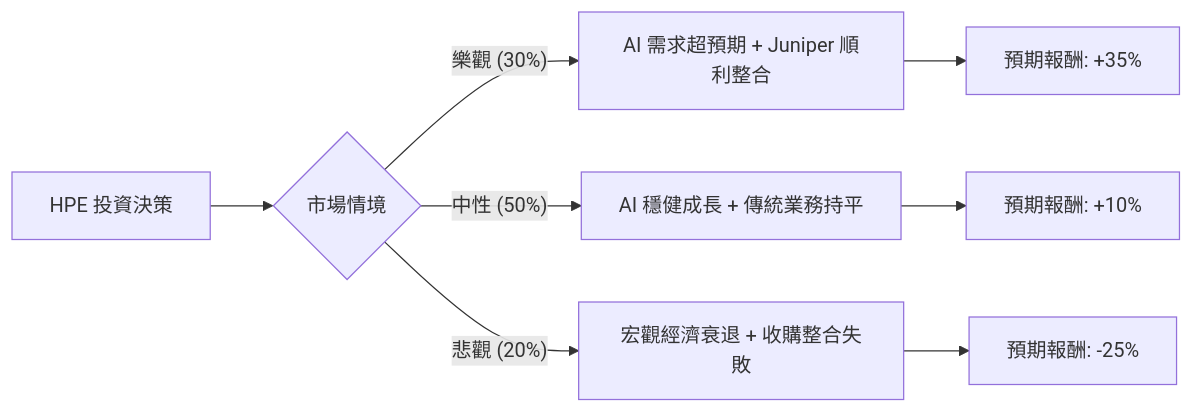
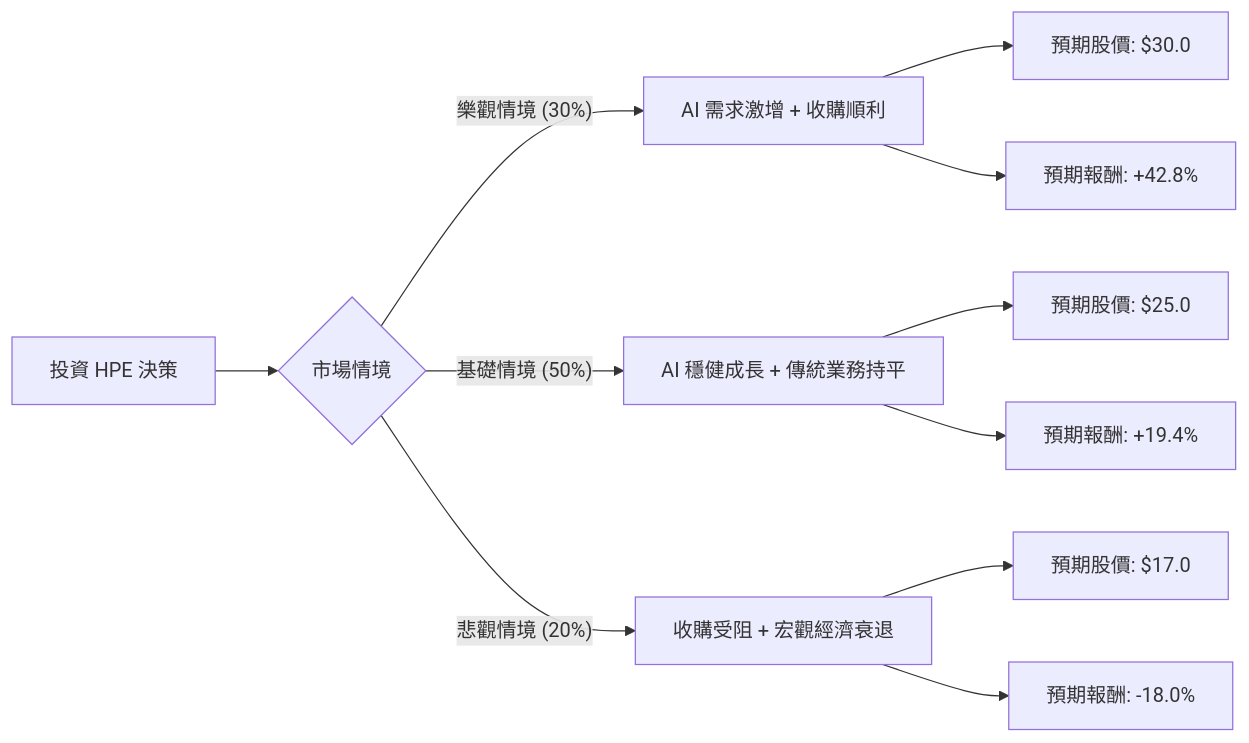
Before and after one commit to zmcx16/zmcx16.github.io: the diagram in plugin-react/ai-analysis/ev-analysis/HPE.md, drawn with Mermaid. The commit also changed other lines of this file and 80 other files, not shown here.

````diff
--- a/plugin-react/ai-analysis/ev-analysis/HPE.md
+++ b/plugin-react/ai-analysis/ev-analysis/HPE.md
@@ -22,12 +20,17 @@
 ```mermaid
 graph LR
-    A[HPE 投資決策] --> B{市場情境}
+    A[投資 HPE 決策] --> B{市場情境}
     
-    B -- 樂觀 (30%) --> C[AI 需求超預期 + Juniper 順利整合]
-    B -- 中性 (50%) --> D[AI 穩健成長 + 傳統業務持平]
-    B -- 悲觀 (20%) --> E[宏觀經濟衰退 + 收購整合失敗]
+    B -- 樂觀情境 (30%) --> C[AI 需求激增 + 收購順利]
+    B -- 基礎情境 (50%) --> D[AI 穩健成長 + 傳統業務持平]
+    B -- 悲觀情境 (20%) --> E[收購受阻 + 宏觀經濟衰退]
 
-    C --> C1[預期報酬: +35%]
-    D --> D1[預期報酬: +10%]
-    E --> E1[預期報酬: -25%]
+    C --> C1[預期股價: $30.0]
+    C --> C2[預期報酬: +42.8%]
+    
+    D --> D1[預期股價: $25.0]
+    D --> D2[預期報酬: +19.4%]
+    
+    E --> E1[預期股價: $17.0]
+    E --> E2[預期報酬: -18.0%]
 ```
````
